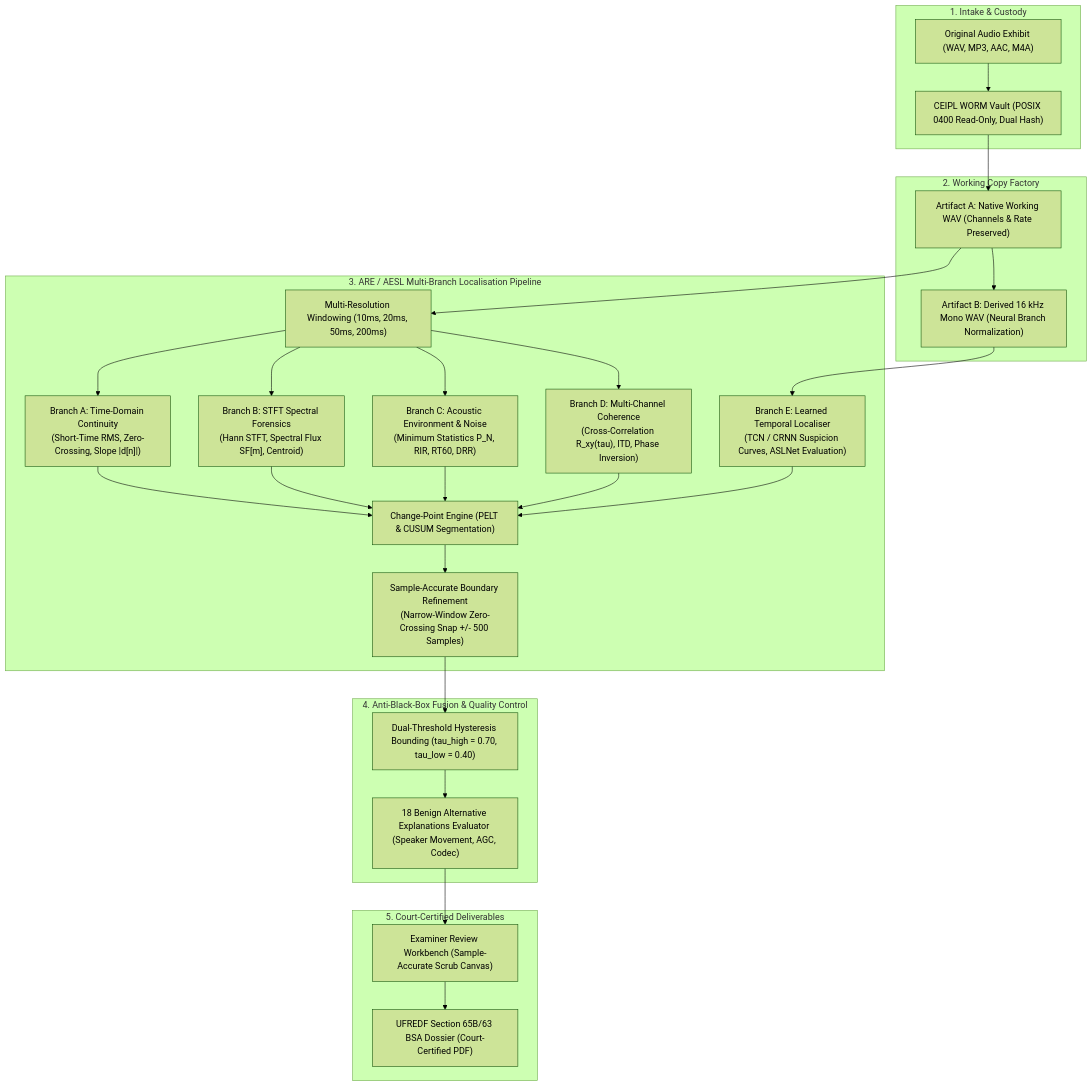
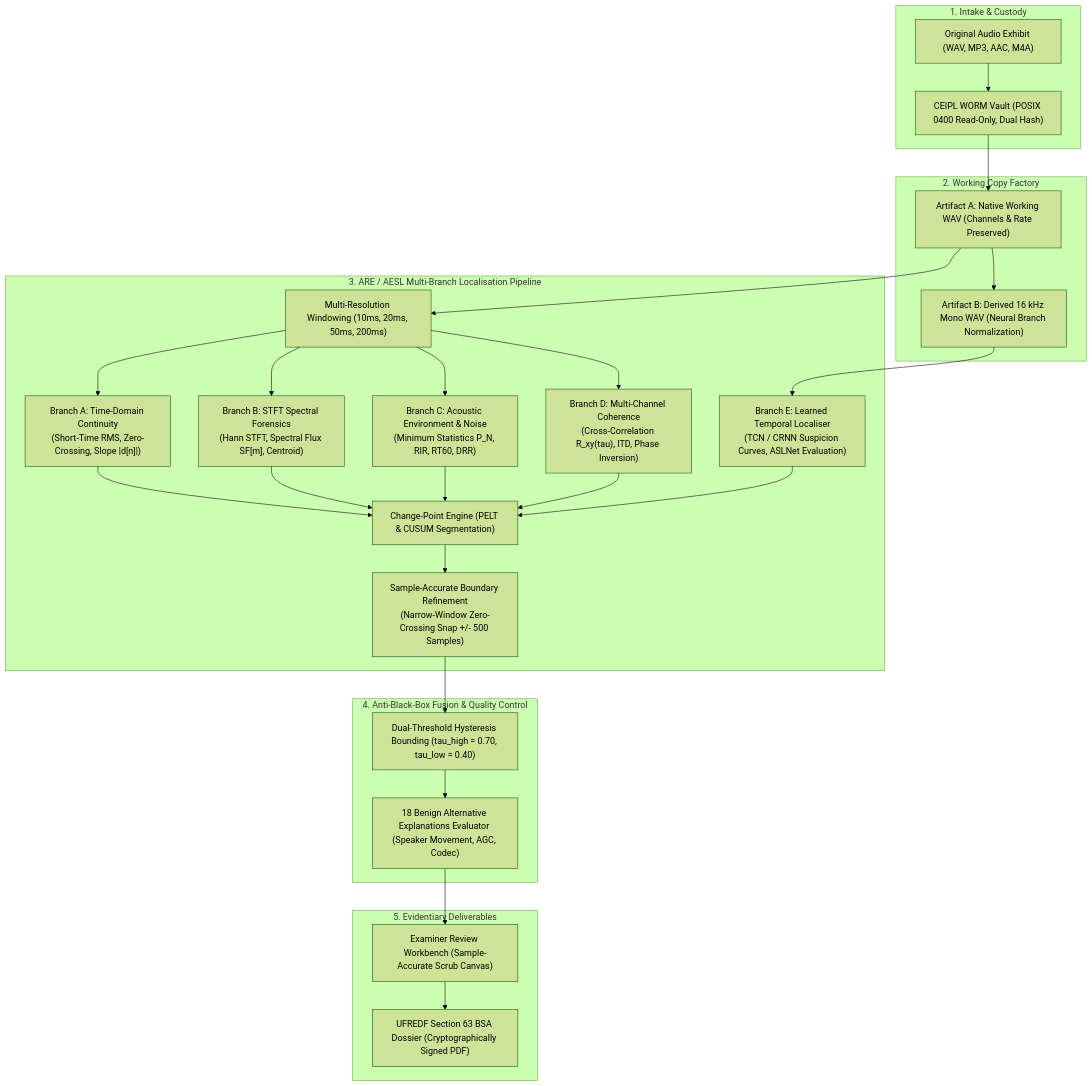
One commit to Subhadip-Paul2006/BHack-Docs changed diagram 11 of 15 in README.md. Above: the diagram before and after it, drawn with Mermaid (forest theme). The commit also changed other lines of this file and 1 other file, not shown here.

````diff
--- a/README.md
+++ b/README.md
@@ -1332,46 +1332,46 @@
 ```mermaid
 flowchart TD
     subgraph INTAKE["1. Intake & Custody"]
         SEIZED_AUD["Original Audio Exhibit (WAV, MP3, AAC, M4A)"]
         CEIPL_WORM["CEIPL WORM Vault (POSIX 0400 Read-Only, Dual Hash)"]
         SEIZED_AUD --> CEIPL_WORM
     end
 
     subgraph WORK_FACTORY["2. Working Copy Factory"]
         ART_A["Artifact A: Native Working WAV (Channels & Rate Preserved)"]
         ART_B["Artifact B: Derived 16 kHz Mono WAV (Neural Branch Normalization)"]
         CEIPL_WORM --> ART_A --> ART_B
     end
 
     subgraph ARE_AESL["3. ARE / AESL Multi-Branch Localisation Pipeline"]
         MULTI_RES["Multi-Resolution Windowing (10ms, 20ms, 50ms, 200ms)"]
         ART_A --> MULTI_RES
 
         BRANCH_TIME["Branch A: Time-Domain Continuity\n(Short-Time RMS, Zero-Crossing, Slope |d[n]|)"]
         BRANCH_SPEC["Branch B: STFT Spectral Forensics\n(Hann STFT, Spectral Flux SF[m], Centroid)"]
         BRANCH_NOISE["Branch C: Acoustic Environment & Noise\n(Minimum Statistics P_N, RIR, RT60, DRR)"]
         BRANCH_CHAN["Branch D: Multi-Channel Coherence\n(Cross-Correlation R_xy(tau), ITD, Phase Inversion)"]
         BRANCH_MODEL["Branch E: Learned Temporal Localiser\n(TCN / CRNN Suspicion Curves, ASLNet Evaluation)"]
 
         MULTI_RES --> BRANCH_TIME & BRANCH_SPEC & BRANCH_NOISE & BRANCH_CHAN
         ART_B --> BRANCH_MODEL
 
         CHANGE_PT["Change-Point Engine (PELT & CUSUM Segmentation)"]
         BRANCH_TIME & BRANCH_SPEC & BRANCH_NOISE & BRANCH_CHAN & BRANCH_MODEL --> CHANGE_PT
 
         REFINE["Sample-Accurate Boundary Refinement\n(Narrow-Window Zero-Crossing Snap +/- 500 Samples)"]
         CHANGE_PT --> REFINE
     end
 
     subgraph FUSION_QC["4. Anti-Black-Box Fusion & Quality Control"]
         HYSTERESIS["Dual-Threshold Hysteresis Bounding (tau_high = 0.70, tau_low = 0.40)"]
         QC_CHECK["18 Benign Alternative Explanations Evaluator (Speaker Movement, AGC, Codec)"]
         REFINE --> HYSTERESIS --> QC_CHECK
     end
 
-    subgraph DELIVERABLES["5. Court-Certified Deliverables"]
+    subgraph DELIVERABLES["5. Evidentiary Deliverables"]
         CANVAS["Examiner Review Workbench (Sample-Accurate Scrub Canvas)"]
-        UFREDF_DOC["UFREDF Section 65B/63 BSA Dossier (Court-Certified PDF)"]
+        UFREDF_DOC["UFREDF Section 63 BSA Dossier (Cryptographically Signed PDF)"]
         QC_CHECK --> CANVAS --> UFREDF_DOC
     end
 ```
````
